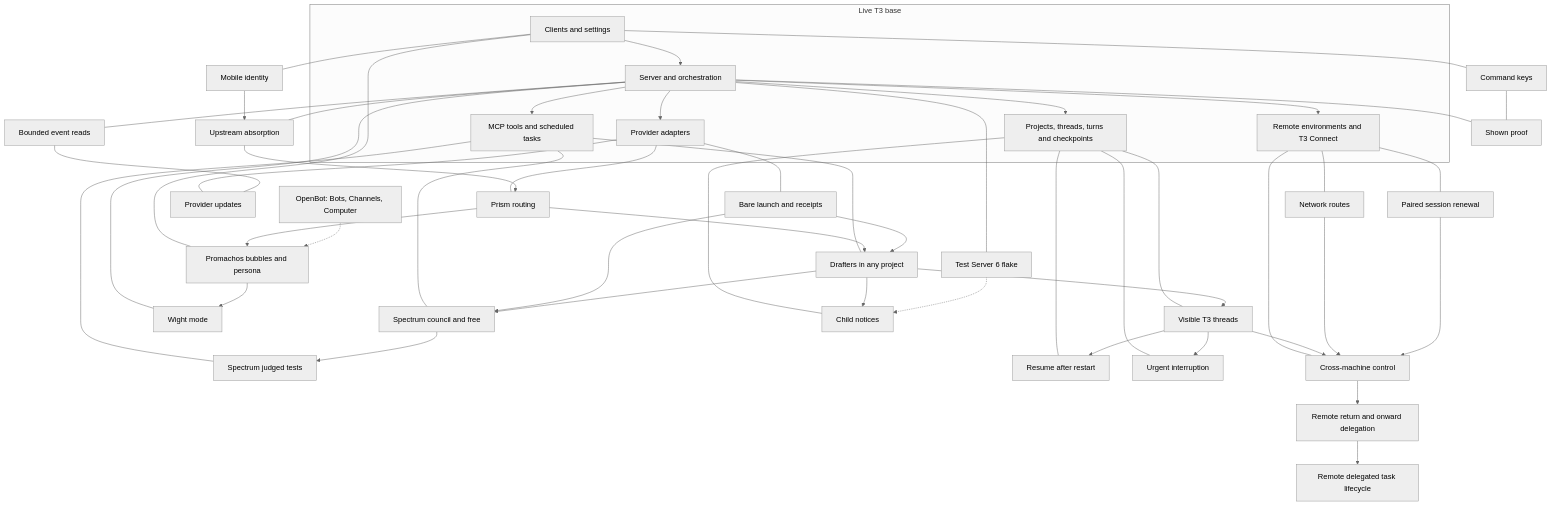
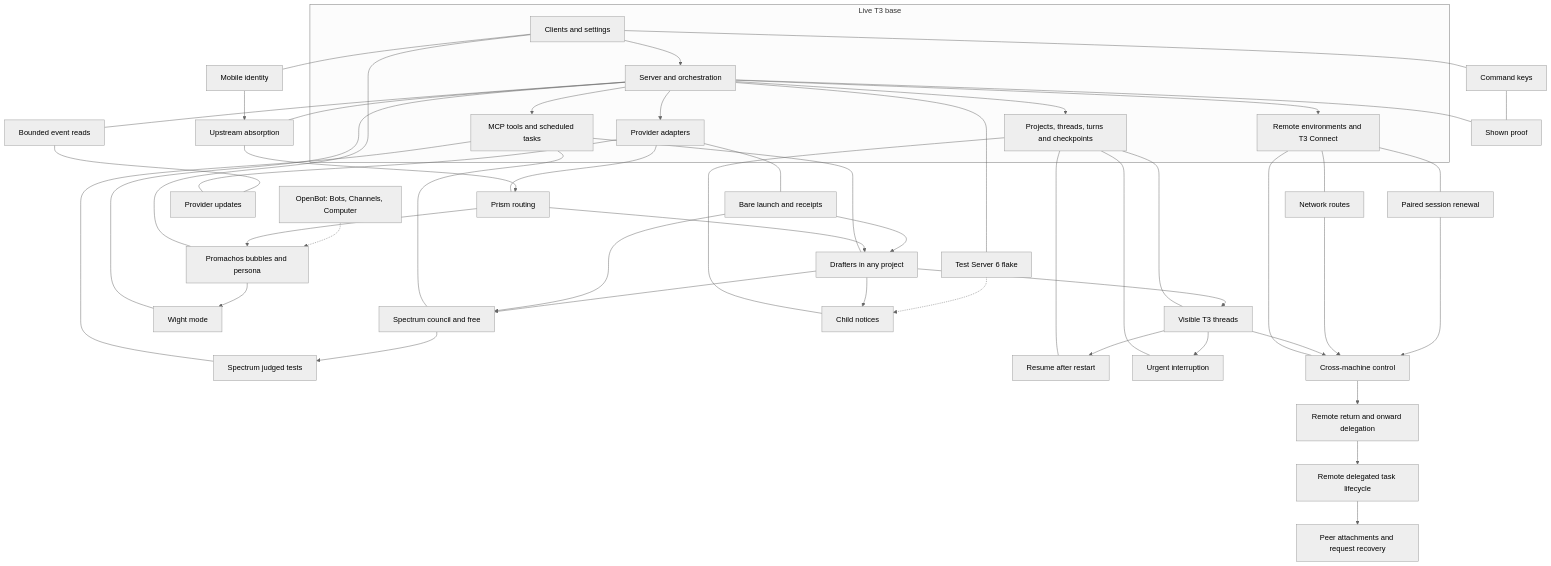
Before and after one commit to toolboxmd/chromeria: the diagram in docs/map.md, drawn with Mermaid (neutral theme). The commit also changed 73 other files, not shown here.

First line of the commit message:
fix(peer): preserve attachment bytes and native request acceptance (#410)

```diff
--- a/docs/map.md
+++ b/docs/map.md
@@ -79,6 +79,9 @@
     RTL["Remote delegated task lifecycle"]
     %% RTL: #381 PR #392
     PGR --> RTL
+    PAR["Peer attachments and request recovery"]
+    %% PAR: #382 PR #410
+    RTL --> PAR
     NR["Network routes"]
     %% NR: #292 #358
     PRN["Paired session renewal"]
```
